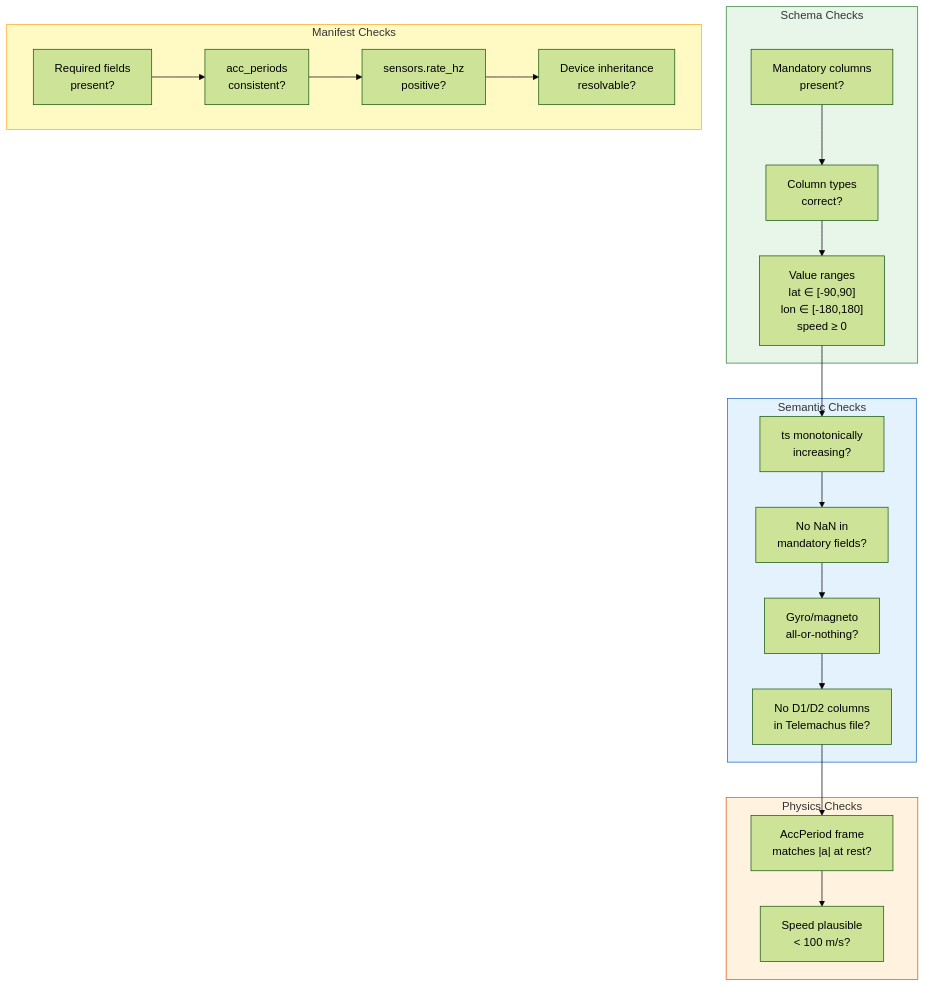
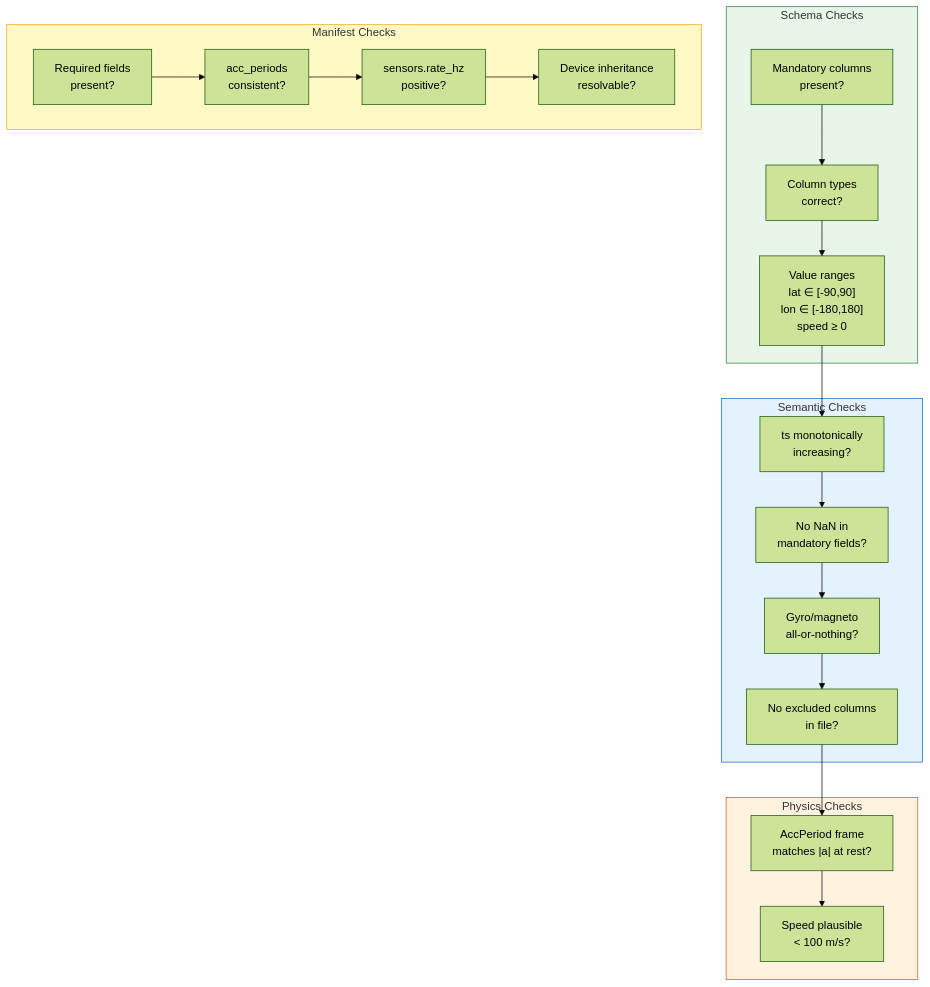
The fourth of 5 diagrams in spec/SPEC-03-adapters-validation.md (telemachus3/telemachus), drawn with Mermaid (forest theme) before and after one commit. The commit also changed other lines of this file and 3 other files, not shown here.

````diff
--- a/spec/SPEC-03-adapters-validation.md
+++ b/spec/SPEC-03-adapters-validation.md
@@ -263,35 +263,35 @@
 ```mermaid
 graph TD
     subgraph SCHEMA["Schema Checks"]
         S1["Mandatory columns\npresent?"]
         S2["Column types\ncorrect?"]
         S3["Value ranges\nlat ∈ [-90,90]\nlon ∈ [-180,180]\nspeed ≥ 0"]
     end
 
     subgraph SEMANTIC["Semantic Checks"]
         M1["ts monotonically\nincreasing?"]
         M2["No NaN in\nmandatory fields?"]
         M3["Gyro/magneto\nall-or-nothing?"]
-        M4["No D1/D2 columns\nin Telemachus file?"]
+        M4["No excluded columns\nin file?"]
     end
 
     subgraph PHYSICS["Physics Checks"]
         P1["AccPeriod frame\nmatches |a| at rest?"]
         P2["Speed plausible\n< 100 m/s?"]
     end
 
     subgraph MANIFEST_V["Manifest Checks"]
         V1["Required fields\npresent?"]
         V2["acc_periods\nconsistent?"]
         V3["sensors.rate_hz\npositive?"]
         V4["Device inheritance\nresolvable?"]
     end
 
     S1 --> S2 --> S3 --> M1 --> M2 --> M3 --> M4 --> P1 --> P2
     V1 --> V2 --> V3 --> V4
 
     style SCHEMA fill:#e8f5e9,stroke:#2e7d32
     style SEMANTIC fill:#e3f2fd,stroke:#1565c0
     style PHYSICS fill:#fff3e0,stroke:#e65100
     style MANIFEST_V fill:#fff9c4,stroke:#f9a825
 ```
````
